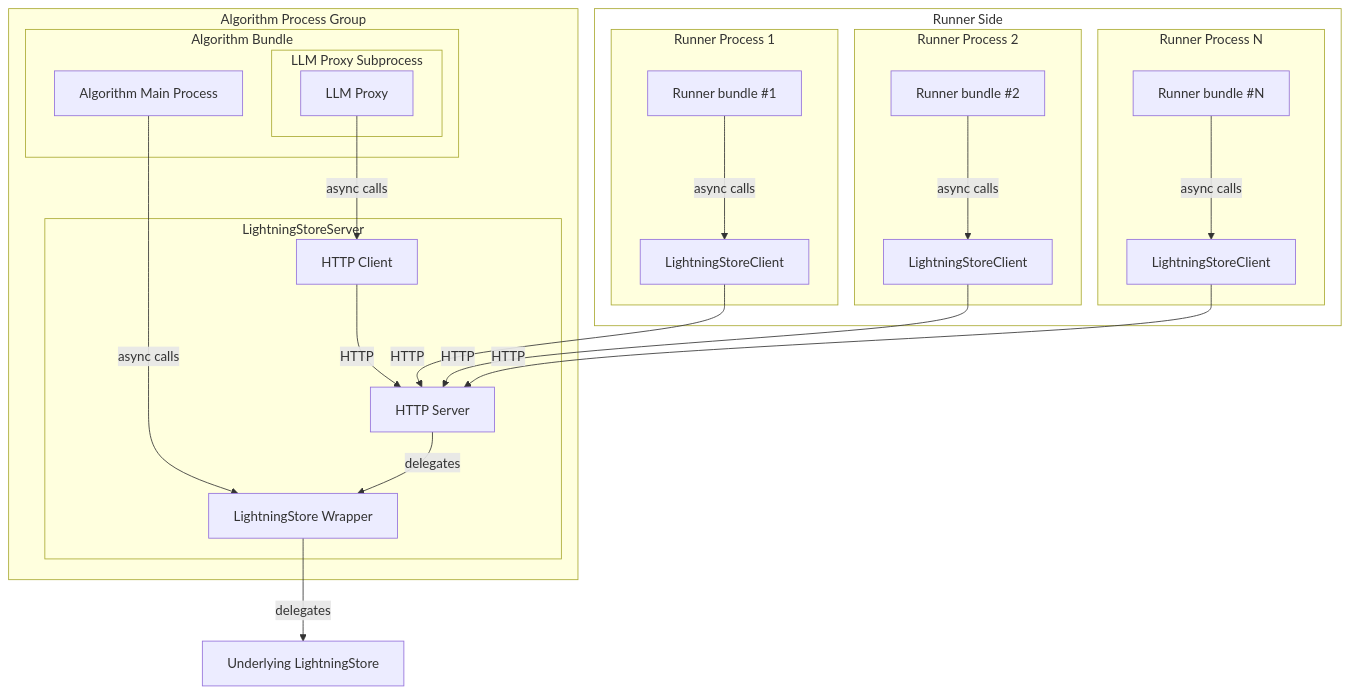
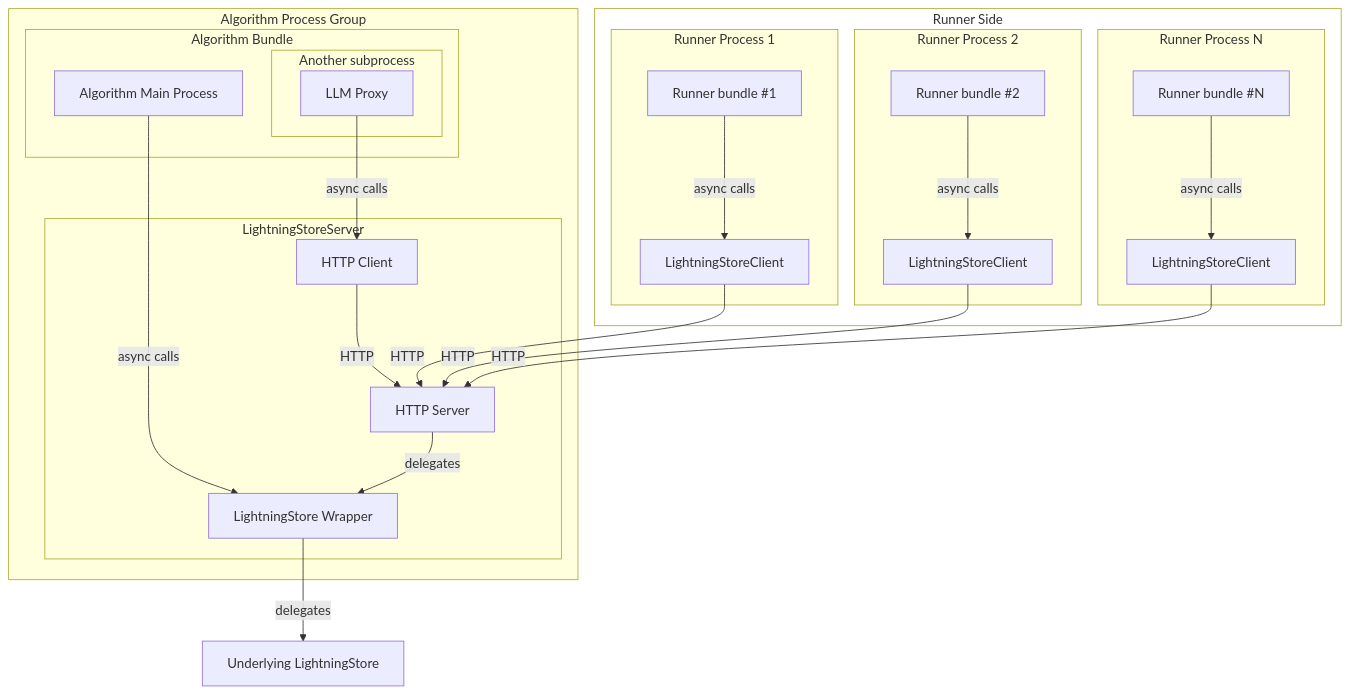
Before and after one commit to microsoft/agent-lightning: the tenth of 11 diagrams in docs/deep-dive/birds-eye-view.md, drawn with Mermaid. The commit also changed other lines of this file, not shown here.

````diff
--- a/docs/deep-dive/birds-eye-view.md
+++ b/docs/deep-dive/birds-eye-view.md
@@ -416,44 +418,44 @@
 ```mermaid
 flowchart TD
     subgraph Algorithm Process Group
         subgraph StoreServer[LightningStoreServer]
             StoreHttpClient[HTTP Client]
             StoreHttpServer[HTTP Server]
             StoreWrapper[LightningStore Wrapper]
             StoreHttpClient -- HTTP --> StoreHttpServer
         end
         subgraph Algorithm Bundle
             Algorithm[Algorithm Main Process]
-            subgraph LLM Proxy Subprocess
+            subgraph Another subprocess
                 LLMProxy[LLM Proxy]
             end
         end
         LLMProxy -- async calls --> StoreHttpClient
         Algorithm -- async calls --> StoreWrapper
     end
     subgraph RunnerSide ["Runner Side"]
         subgraph Runner Process 1
             Runner1[Runner bundle #1]
             Runner1 -- async calls --> LightningStoreClient1
             LightningStoreClient1[LightningStoreClient]
         end
         subgraph Runner Process 2
             Runner2[Runner bundle #2]
             Runner2 -- async calls --> LightningStoreClient2
             LightningStoreClient2[LightningStoreClient]
         end
         subgraph Runner Process N
             RunnerN[Runner bundle #N]
             RunnerN -- async calls --> LightningStoreClientN
             LightningStoreClientN[LightningStoreClient]
         end
     end
     LocalStore[Underlying LightningStore]
     StoreHttpServer -->|delegates| StoreWrapper
     StoreWrapper -->|delegates| LocalStore
     LightningStoreClient1 -- HTTP --> StoreHttpServer
     LightningStoreClient2 -- HTTP --> StoreHttpServer
     LightningStoreClientN -- HTTP --> StoreHttpServer
 
     style RunnerSide fill:none;
 ```
````
